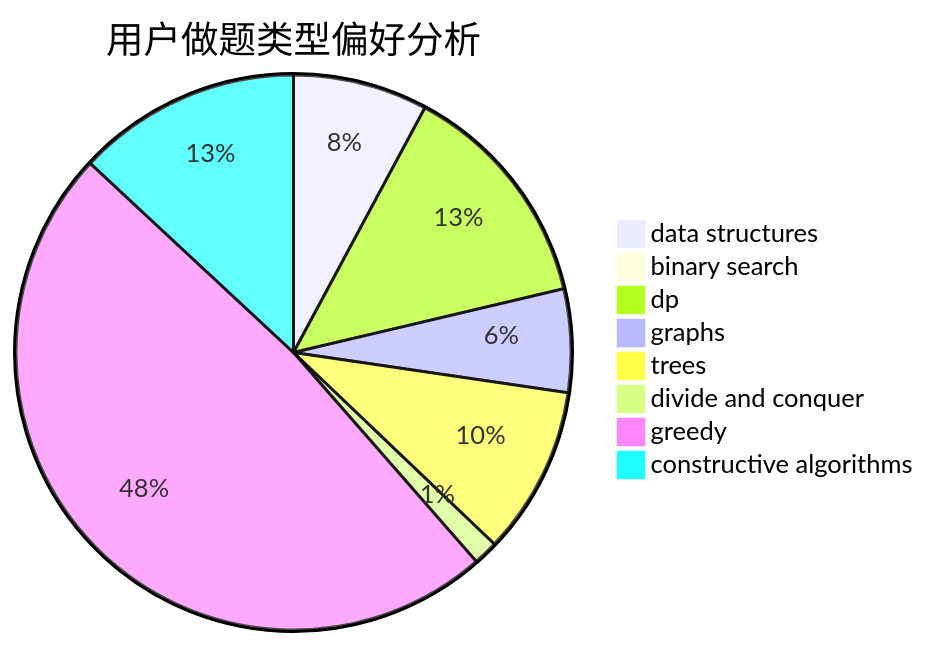
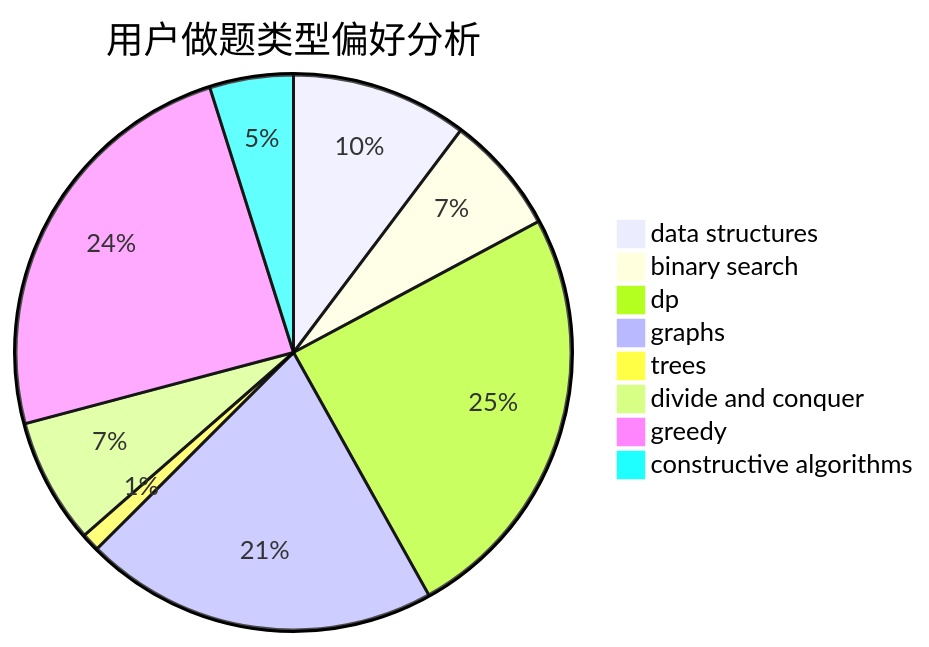
Before and after one commit to sherpahu/cfrs.github.io: the second of 3 diagrams in docs/user/u924.md, drawn with Mermaid. The commit also changed other lines of this file and 2770 other files, not shown here.

````diff
--- a/docs/user/u924.md
+++ b/docs/user/u924.md
@@ -23,11 +23,11 @@
 ```mermaid
 pie title 用户做题类型偏好分析
-    "data structures" :  60
-    "binary search" :  2
-    "dp" :  103
-    "graphs" :  46
-    "trees" :  75
-    "divide and conquer" :  11
-    "greedy" :  370
-    "constructive algorithms" :  100
+    "data structures" :  135
+    "binary search" :  91
+    "dp" :  325
+    "graphs" :  271
+    "trees" :  14
+    "divide and conquer" :  96
+    "greedy" :  319
+    "constructive algorithms" :  64
 ```
````
